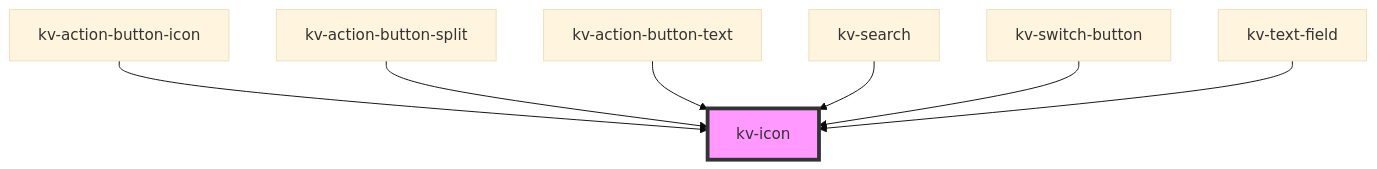
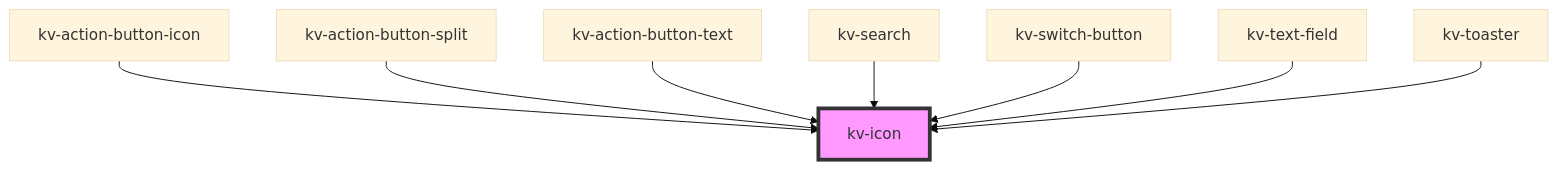
One commit to kelvininc/ui-components changed the diagram in packages/ui-components/src/components/icon/readme.md. Above: the diagram before and after it, drawn with Mermaid (base theme). The commit also changed other lines of this file and 21 other files, not shown here.

````diff
--- a/packages/ui-components/src/components/icon/readme.md
+++ b/packages/ui-components/src/components/icon/readme.md
@@ -126,10 +127,11 @@
 ```mermaid
 graph TD;
   kv-action-button-icon --> kv-icon
   kv-action-button-split --> kv-icon
   kv-action-button-text --> kv-icon
   kv-search --> kv-icon
   kv-switch-button --> kv-icon
   kv-text-field --> kv-icon
+  kv-toaster --> kv-icon
   style kv-icon fill:#f9f,stroke:#333,stroke-width:4px
 ```
````
